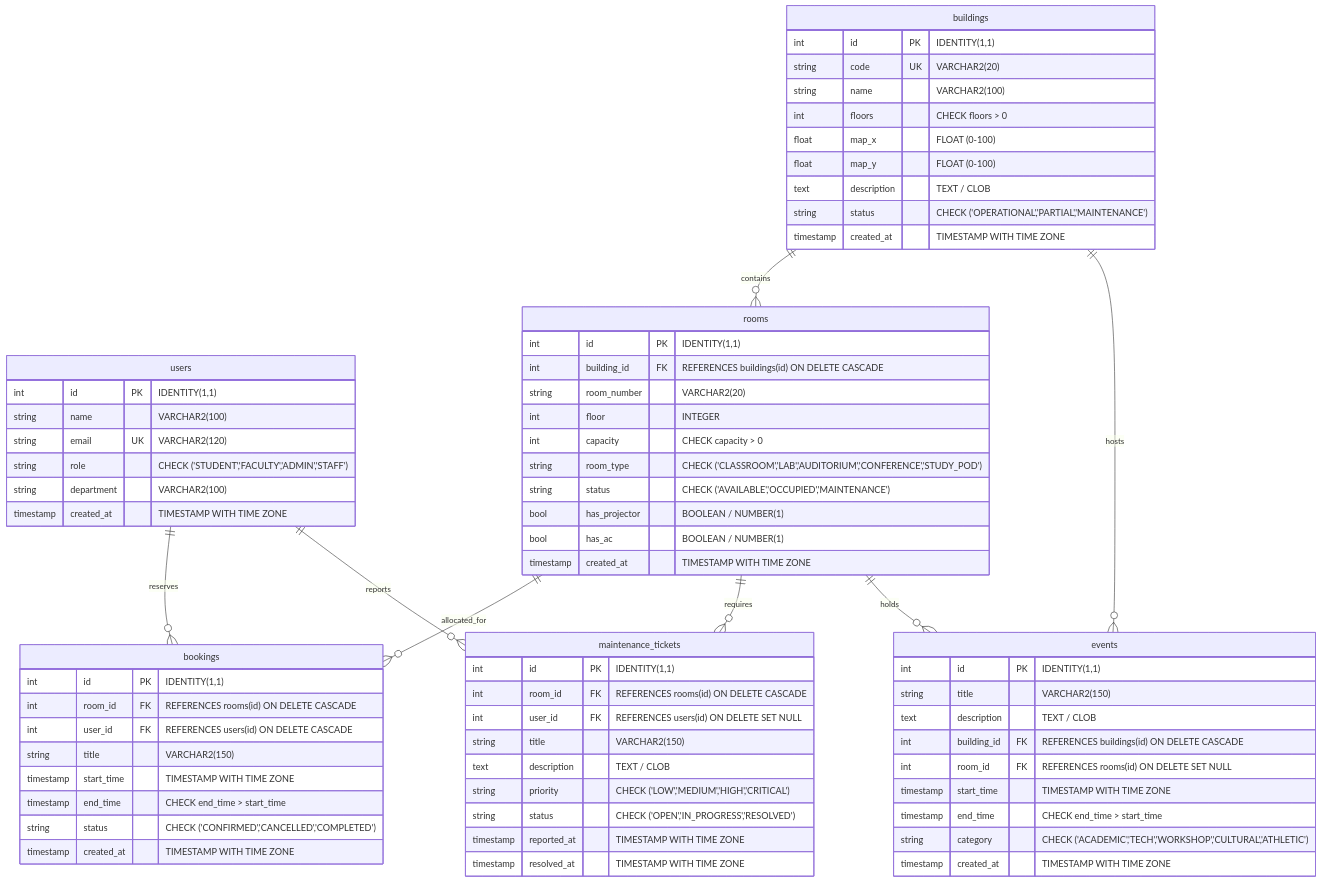
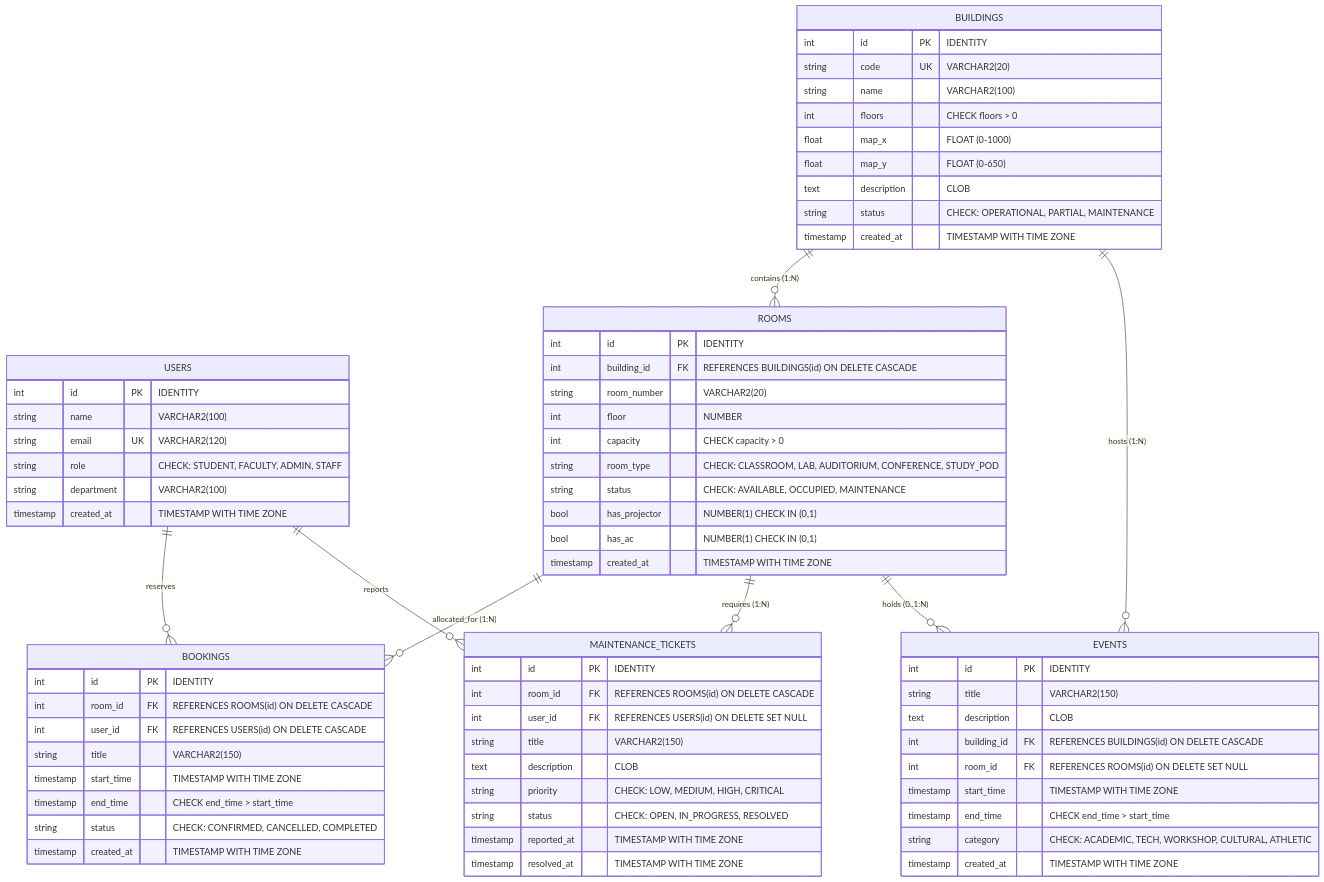
The diagram in README.md (ramsaitanguturi/CampusPulse), drawn with Mermaid before and after one commit. The commit also changed other lines of this file and 21 other files, not shown here.

````diff
--- a/README.md
+++ b/README.md
@@ -40,79 +59,79 @@
 ```mermaid
 erDiagram
-    users ||--o{ bookings : "reserves"
-    users ||--o{ maintenance_tickets : "reports"
-    buildings ||--o{ rooms : "contains"
-    buildings ||--o{ events : "hosts"
-    rooms ||--o{ bookings : "allocated_for"
-    rooms ||--o{ maintenance_tickets : "requires"
-    rooms ||--o{ events : "holds"
+    USERS ||--o{ BOOKINGS : "reserves"
+    USERS ||--o{ MAINTENANCE_TICKETS : "reports"
+    BUILDINGS ||--o{ ROOMS : "contains (1:N)"
+    BUILDINGS ||--o{ EVENTS : "hosts (1:N)"
+    ROOMS ||--o{ BOOKINGS : "allocated_for (1:N)"
+    ROOMS ||--o{ MAINTENANCE_TICKETS : "requires (1:N)"
+    ROOMS ||--o{ EVENTS : "holds (0..1:N)"
 
-    users {
-        int id PK "IDENTITY(1,1)"
+    USERS {
+        int id PK "IDENTITY"
         string name "VARCHAR2(100)"
         string email UK "VARCHAR2(120)"
-        string role "CHECK ('STUDENT','FACULTY','ADMIN','STAFF')"
+        string role "CHECK: STUDENT, FACULTY, ADMIN, STAFF"
         string department "VARCHAR2(100)"
         timestamp created_at "TIMESTAMP WITH TIME ZONE"
     }
 
-    buildings {
-        int id PK "IDENTITY(1,1)"
+    BUILDINGS {
+        int id PK "IDENTITY"
         string code UK "VARCHAR2(20)"
         string name "VARCHAR2(100)"
         int floors "CHECK floors > 0"
-        float map_x "FLOAT (0-100)"
-        float map_y "FLOAT (0-100)"
-        text description "TEXT / CLOB"
-        string status "CHECK ('OPERATIONAL','PARTIAL','MAINTENANCE')"
+        float map_x "FLOAT (0-1000)"
+        float map_y "FLOAT (0-650)"
+        text description "CLOB"
+        string status "CHECK: OPERATIONAL, PARTIAL, MAINTENANCE"
         timestamp created_at "TIMESTAMP WITH TIME ZONE"
     }
 
-    rooms {
-        int id PK "IDENTITY(1,1)"
-        int building_id FK "REFERENCES buildings(id) ON DELETE CASCADE"
+    ROOMS {
+        int id PK "IDENTITY"
+        int building_id FK "REFERENCES BUILDINGS(id) ON DELETE CASCADE"
         string room_number "VARCHAR2(20)"
-        int floor "INTEGER"
+        int floor "NUMBER"
         int capacity "CHECK capacity > 0"
-        string room_type "CHECK ('CLASSROOM','LAB','AUDITORIUM','CONFERENCE','STUDY_POD')"
-        string status "CHECK ('AVAILABLE','OCCUPIED','MAINTENANCE')"
-        bool has_projector "BOOLEAN / NUMBER(1)"
-        bool has_ac "BOOLEAN / NUMBER(1)"
+        string room_type "CHECK: CLASSROOM, LAB, AUDITORIUM, CONFERENCE, STUDY_POD"
+        string status "CHECK: AVAILABLE, OCCUPIED, MAINTENANCE"
+        bool has_projector "NUMBER(1) CHECK IN (0,1)"
+        bool has_ac "NUMBER(1) CHECK IN (0,1)"
         timestamp created_at "TIMESTAMP WITH TIME ZONE"
     }
 
-    bookings {
-        int id PK "IDENTITY(1,1)"
-        int room_id FK "REFERENCES rooms(id) ON DELETE CASCADE"
-        int user_id FK "REFERENCES users(id) ON DELETE CASCADE"
+    BOOKINGS {
+        int id PK "IDENTITY"
+        int room_id FK "REFERENCES ROOMS(id) ON DELETE CASCADE"
+        int user_id FK "REFERENCES USERS(id) ON DELETE CASCADE"
         string title "VARCHAR2(150)"
         timestamp start_time "TIMESTAMP WITH TIME ZONE"
         timestamp end_time "CHECK end_time > start_time"
-        string status "CHECK ('CONFIRMED','CANCELLED','COMPLETED')"
+        string status "CHECK: CONFIRMED, CANCELLED, COMPLETED"
         timestamp created_at "TIMESTAMP WITH TIME ZONE"
     }
 
-    maintenance_tickets {
-        int id PK "IDENTITY(1,1)"
-        int room_id FK "REFERENCES rooms(id) ON DELETE CASCADE"
-        int user_id FK "REFERENCES users(id) ON DELETE SET NULL"
+    MAINTENANCE_TICKETS {
+        int id PK "IDENTITY"
+        int room_id FK "REFERENCES ROOMS(id) ON DELETE CASCADE"
+        int user_id FK "REFERENCES USERS(id) ON DELETE SET NULL"
         string title "VARCHAR2(150)"
-        text description "TEXT / CLOB"
-        string priority "CHECK ('LOW','MEDIUM','HIGH','CRITICAL')"
-        string status "CHECK ('OPEN','IN_PROGRESS','RESOLVED')"
+        text description "CLOB"
+        string priority "CHECK: LOW, MEDIUM, HIGH, CRITICAL"
+        string status "CHECK: OPEN, IN_PROGRESS, RESOLVED"
         timestamp reported_at "TIMESTAMP WITH TIME ZONE"
         timestamp resolved_at "TIMESTAMP WITH TIME ZONE"
     }
 
-    events {
-        int id PK "IDENTITY(1,1)"
+    EVENTS {
+        int id PK "IDENTITY"
         string title "VARCHAR2(150)"
-        text description "TEXT / CLOB"
-        int building_id FK "REFERENCES buildings(id) ON DELETE CASCADE"
-        int room_id FK "REFERENCES rooms(id) ON DELETE SET NULL"
+        text description "CLOB"
+        int building_id FK "REFERENCES BUILDINGS(id) ON DELETE CASCADE"
+        int room_id FK "REFERENCES ROOMS(id) ON DELETE SET NULL"
         timestamp start_time "TIMESTAMP WITH TIME ZONE"
         timestamp end_time "CHECK end_time > start_time"
-        string category "CHECK ('ACADEMIC','TECH','WORKSHOP','CULTURAL','ATHLETIC')"
+        string category "CHECK: ACADEMIC, TECH, WORKSHOP, CULTURAL, ATHLETIC"
         timestamp created_at "TIMESTAMP WITH TIME ZONE"
     }
 ```
````
